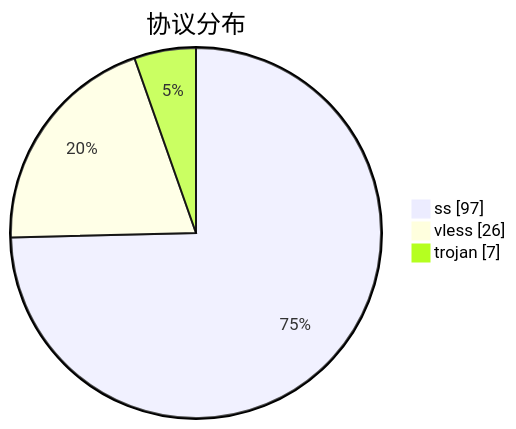
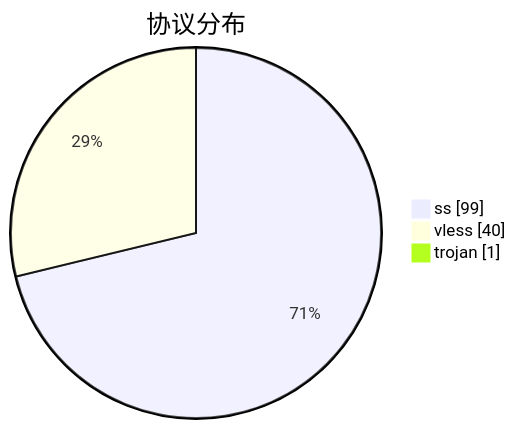
One commit to qjlxg/airport changed the third of 3 diagrams in subs/statistics/tested_within.md. Above: the diagram before and after it, drawn with Mermaid. The commit also changed other lines of this file and 2 other files, not shown here.

````diff
--- a/subs/statistics/tested_within.md
+++ b/subs/statistics/tested_within.md
@@ -30,7 +28,7 @@
 ```mermaid
 pie showData
 title 协议分布
-"ss" : 97
-"vless" : 26
-"trojan" : 7
+"ss" : 99
+"vless" : 40
+"trojan" : 1
 ```
````
